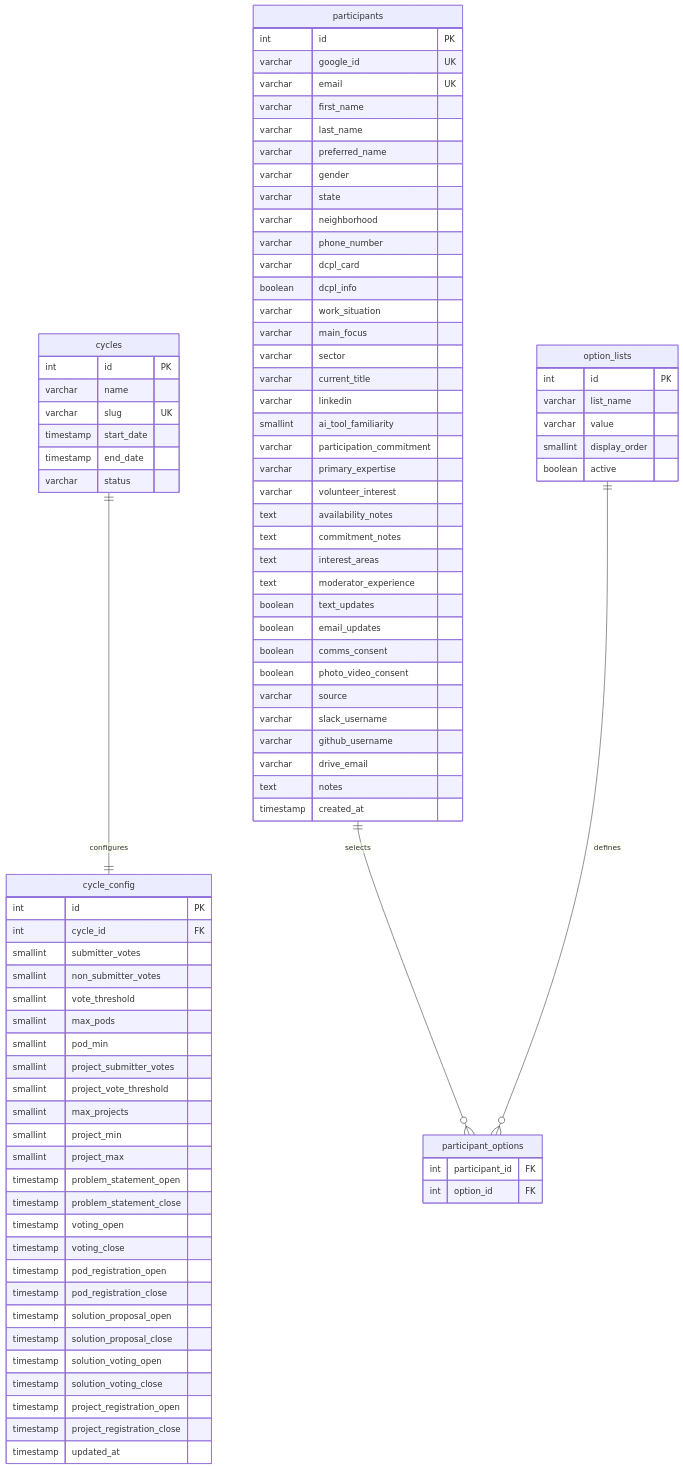
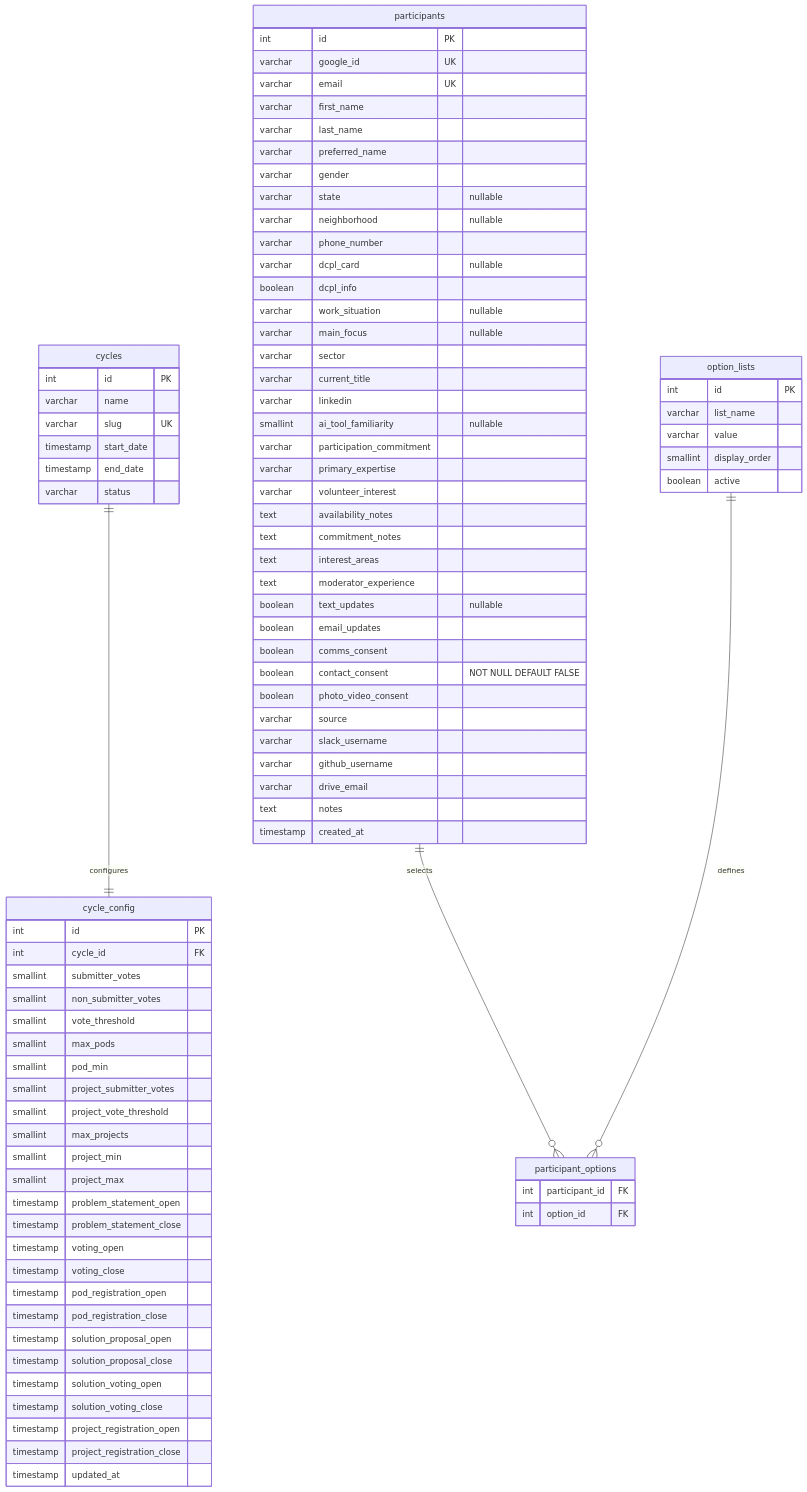
The second of 6 diagrams in SCHEMA.md (TheUpskillingLabs/OLOS), drawn with Mermaid before and after one commit. The commit also changed 18 other files, not shown here.

```diff
--- a/SCHEMA.md
+++ b/SCHEMA.md
@@ -85,17 +85,17 @@
         varchar last_name
         varchar preferred_name
         varchar gender
-        varchar state
-        varchar neighborhood
+        varchar state "nullable"
+        varchar neighborhood "nullable"
         varchar phone_number
-        varchar dcpl_card
+        varchar dcpl_card "nullable"
         boolean dcpl_info
-        varchar work_situation
-        varchar main_focus
+        varchar work_situation "nullable"
+        varchar main_focus "nullable"
         varchar sector
         varchar current_title
         varchar linkedin
-        smallint ai_tool_familiarity
+        smallint ai_tool_familiarity "nullable"
         varchar participation_commitment
         varchar primary_expertise
         varchar volunteer_interest
@@ -103,9 +103,10 @@
         text commitment_notes
         text interest_areas
         text moderator_experience
-        boolean text_updates
+        boolean text_updates "nullable"
         boolean email_updates
         boolean comms_consent
+        boolean contact_consent "NOT NULL DEFAULT FALSE"
         boolean photo_video_consent
         varchar source
         varchar slack_username
```
